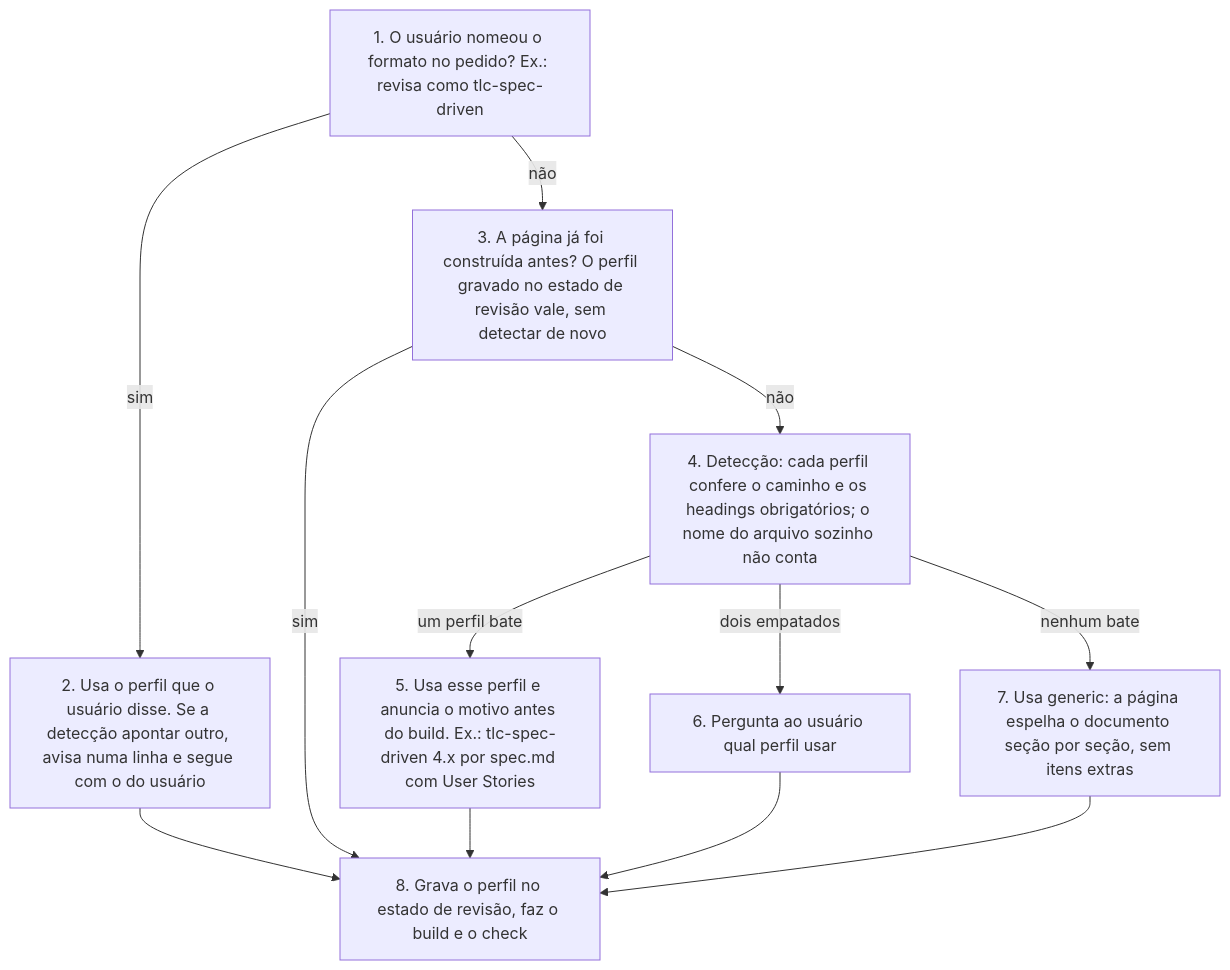
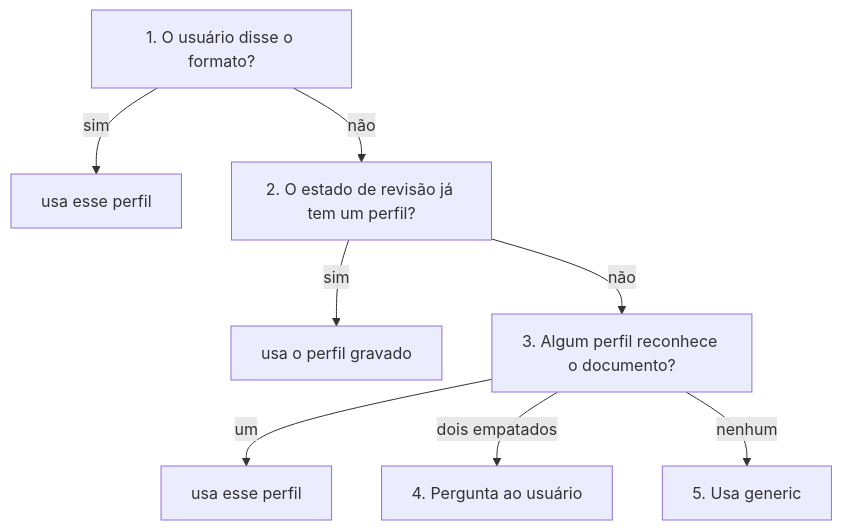
Before and after one commit to davilos/skills: the first of 2 diagrams in docs/design/revisao-unificada.md, drawn with Mermaid. The commit also changed other lines of this file and 1 other file, not shown here.

````diff
--- a/docs/design/revisao-unificada.md
+++ b/docs/design/revisao-unificada.md
@@ -27,14 +27,10 @@
 ```mermaid
 flowchart TD
-    A["1. O usuário nomeou o formato no pedido? Ex.: revisa como tlc-spec-driven"] -->|sim| P["2. Usa o perfil que o usuário disse. Se a detecção apontar outro, avisa numa linha e segue com o do usuário"]
-    A -->|não| B["3. A página já foi construída antes? O perfil gravado no estado de revisão vale, sem detectar de novo"]
-    B -->|não| C["4. Detecção: cada perfil confere o caminho e os headings obrigatórios; o nome do arquivo sozinho não conta"]
-    C -->|um perfil bate| D["5. Usa esse perfil e anuncia o motivo antes do build. Ex.: tlc-spec-driven 4.x por spec.md com User Stories"]
-    C -->|dois empatados| E["6. Pergunta ao usuário qual perfil usar"]
-    C -->|nenhum bate| G["7. Usa generic: a página espelha o documento seção por seção, sem itens extras"]
-    P --> F["8. Grava o perfil no estado de revisão, faz o build e o check"]
-    B -->|sim| F
-    D --> F
-    E --> F
-    G --> F
+    A["1. O usuário disse o formato?"] -->|sim| P["usa esse perfil"]
+    A -->|não| B["2. O estado de revisão já tem um perfil?"]
+    B -->|sim| P2["usa o perfil gravado"]
+    B -->|não| C["3. Algum perfil reconhece o documento?"]
+    C -->|um| P3["usa esse perfil"]
+    C -->|dois empatados| Q["4. Pergunta ao usuário"]
+    C -->|nenhum| G["5. Usa generic"]
 ```
````
